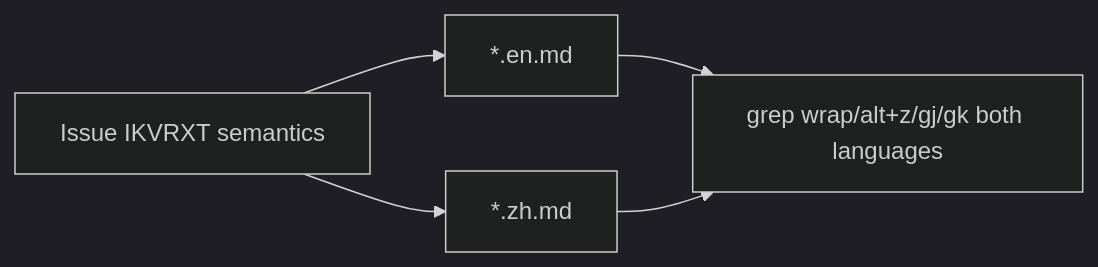
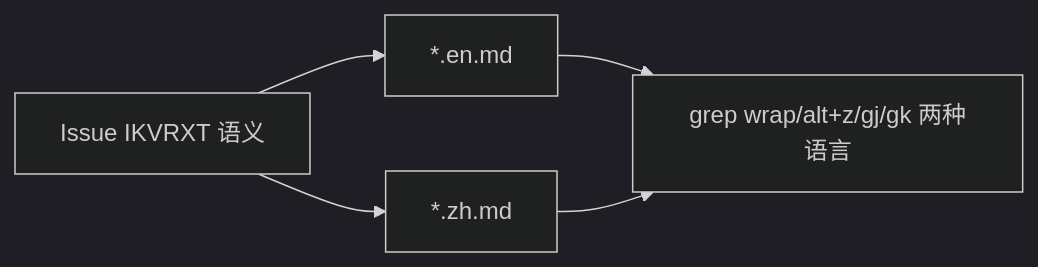
Before and after one commit to BigThxBrigde/yate: the diagram in .trae/documents/soft-wrap-plans/soft-wrap-docs-plan-f.md, drawn with Mermaid (dark theme). The commit also changed other lines of this file and 79 other files, not shown here.

````diff
--- a/.trae/documents/soft-wrap-plans/soft-wrap-docs-plan-f.md
+++ b/.trae/documents/soft-wrap-plans/soft-wrap-docs-plan-f.md
@@ -76,7 +73,7 @@
 ```mermaid
 flowchart LR
-  S["Issue IKVRXT semantics"] --> EN["*.en.md"]
+  S["Issue IKVRXT 语义"] --> EN["*.en.md"]
   S --> ZH["*.zh.md"]
-  EN --> G["grep wrap/alt+z/gj/gk both languages"]
+  EN --> G["grep wrap/alt+z/gj/gk 两种语言"]
   ZH --> G
 ```
````
